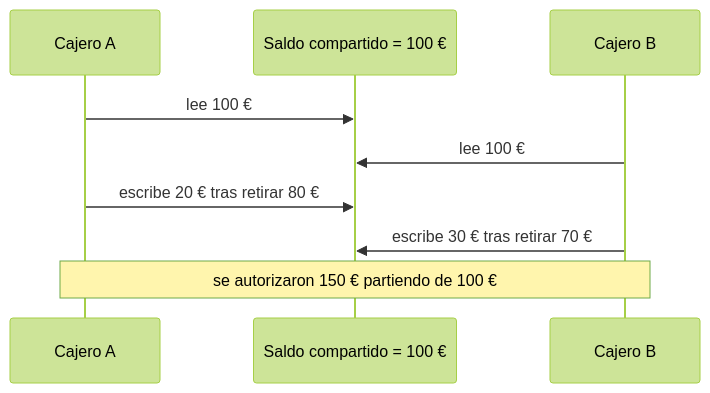
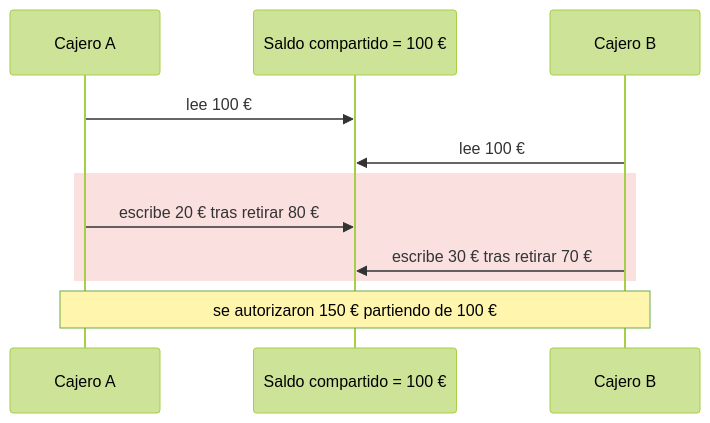
One commit to asiermarzo/ssoo changed the third of 3 diagrams in TEORIA/05-concurrencia-y-sincronizacion/README.md. Above: the diagram before and after it, drawn with Mermaid (forest theme). The commit also changed other lines of this file and 25 other files, not shown here.

Commit message:
refinado de diagramas mermaid y svg

````diff
--- a/TEORIA/05-concurrencia-y-sincronizacion/README.md
+++ b/TEORIA/05-concurrencia-y-sincronizacion/README.md
@@ -510,11 +519,13 @@
 ```mermaid
 sequenceDiagram
     participant A as Cajero A
     participant S as Saldo compartido = 100 €
     participant B as Cajero B
     A->>S: lee 100 €
     B->>S: lee 100 €
+    rect rgb(251, 224, 224)
     A->>S: escribe 20 € tras retirar 80 €
     B->>S: escribe 30 € tras retirar 70 €
+    end
     Note over A,B: se autorizaron 150 € partiendo de 100 €
 ```
````
